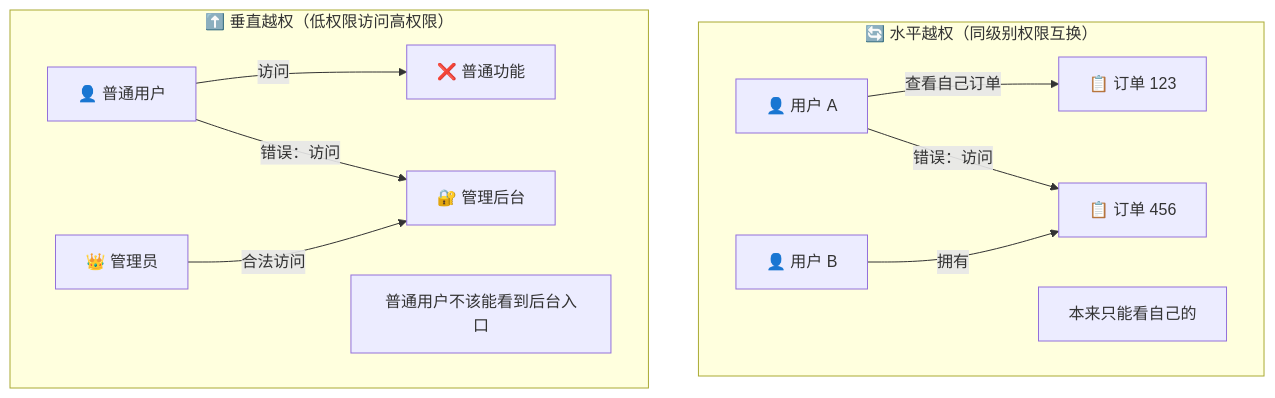
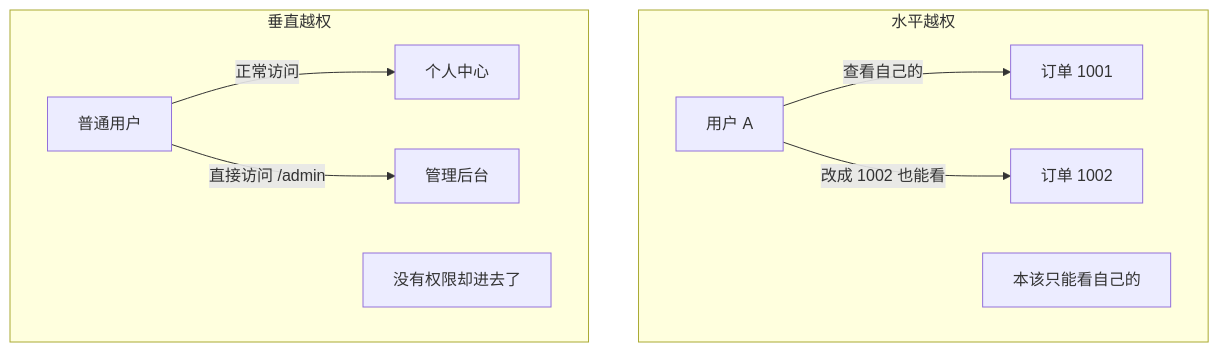
Before and after one commit to zhangshichuan/maxzhang.site: the third of 5 diagrams in articles/zh/nodejs-security-guide.mdx, drawn with Mermaid. The commit also changed other lines of this file and 49 other files, not shown here.

````diff
--- a/articles/zh/nodejs-security-guide.mdx
+++ b/articles/zh/nodejs-security-guide.mdx
@@ -410,16 +339,14 @@
 ```mermaid
 flowchart TD
-    subgraph 水平越权["🔄 水平越权（同级别权限互换）"]
-        A[👤 用户 A] -->|查看自己订单| O1[📋 订单 123]
-        A -->|错误：访问| O2[📋 订单 456]
-        B[👤 用户 B] -->|拥有| O2
-        NoteAB[本来只能看自己的]
+    subgraph 水平越权
+        A[用户 A] -->|查看自己的| O1[订单 1001]
+        A -->|改成 1002 也能看| O2[订单 1002]
+        Note1[本该只能看自己的]
     end
 
-    subgraph 垂直越权["⬆️ 垂直越权（低权限访问高权限）"]
-        C[👤 普通用户] -->|访问| N1[❌ 普通功能]
-        C -->|错误：访问| D1[🔐 管理后台]
-        D[👑 管理员] -->|合法访问| D1
-        NoteCD[普通用户不该能看到后台入口]
+    subgraph 垂直越权
+        C[普通用户] -->|正常访问| N1[个人中心]
+        C -->|直接访问 /admin| D1[管理后台]
+        Note2[没有权限却进去了]
     end
 ```
````
